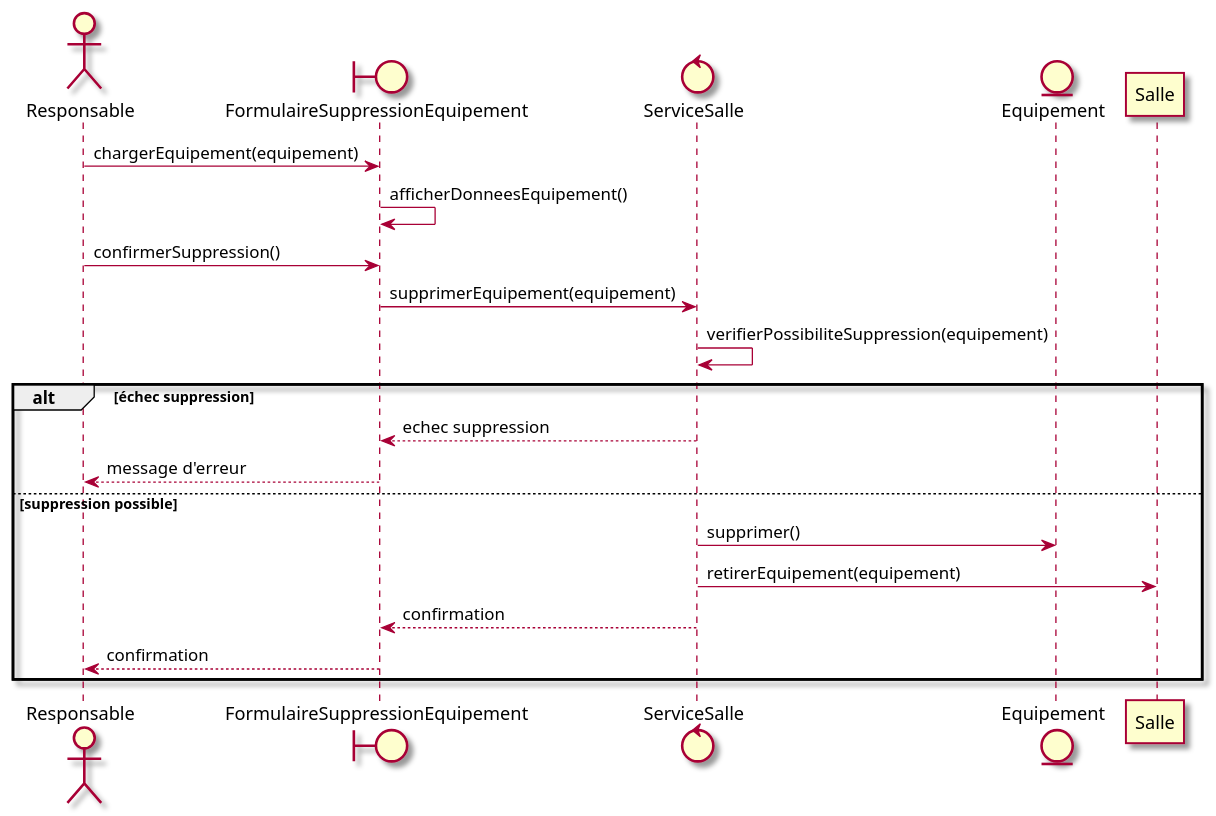
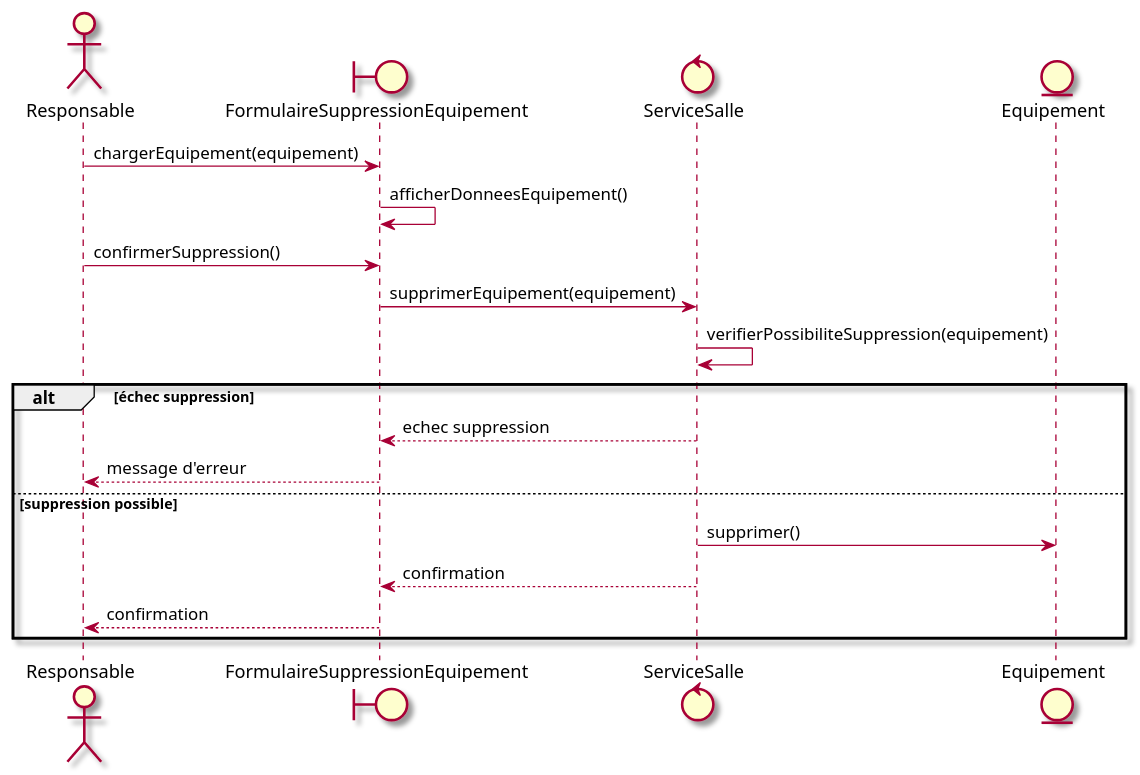
Before and after one commit to mrajaonson/glg204-room-management-system: diagram 31 of 58 in docs/02-Analyse.md, drawn with PlantUML. The commit also changed other lines of this file and 3 other files, not shown here.

````diff
--- a/docs/02-Analyse.md
+++ b/docs/02-Analyse.md
@@ -1064,24 +1083,23 @@
 ```plantuml
 @startuml
 skin rose
 actor Responsable as r
 boundary FormulaireSuppressionEquipement as ui
 control ServiceSalle as svc
 entity Equipement as eq
 
 r -> ui : chargerEquipement(equipement)
 ui -> ui : afficherDonneesEquipement()
 r -> ui : confirmerSuppression()
 ui -> svc : supprimerEquipement(equipement)
 svc -> svc : verifierPossibiliteSuppression(equipement)
 alt échec suppression
   svc --> ui : echec suppression
   ui --> r : message d'erreur
 else suppression possible
   svc -> eq : supprimer()
-  svc -> Salle : retirerEquipement(equipement)
   svc --> ui : confirmation
   ui --> r : confirmation
 end
 @enduml
 ```
````
